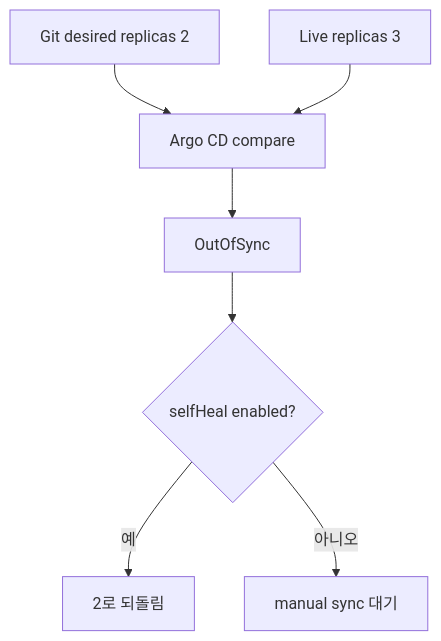
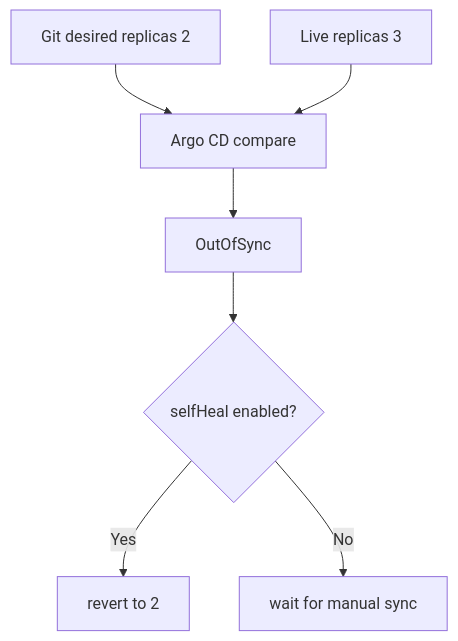
One commit to nohdol97/nohdol-study changed the diagram in docs-site/content/helm-gitops/02-render-upgrade-drift-lab.md. Above: the diagram before and after it, drawn with Mermaid. The commit also changed other lines of this file and 116 other files, not shown here.

````diff
--- a/docs-site/content/helm-gitops/02-render-upgrade-drift-lab.md
+++ b/docs-site/content/helm-gitops/02-render-upgrade-drift-lab.md
@@ -108,9 +108,9 @@
 ```mermaid
 flowchart TD
     A[Git desired replicas 2] --> C[Argo CD compare]
     B[Live replicas 3] --> C
     C --> D[OutOfSync]
     D --> E{selfHeal enabled?}
-    E -->|예| F[2로 되돌림]
-    E -->|아니오| G[manual sync 대기]
+    E -->|Yes| F[revert to 2]
+    E -->|No| G[wait for manual sync]
 ```
````
